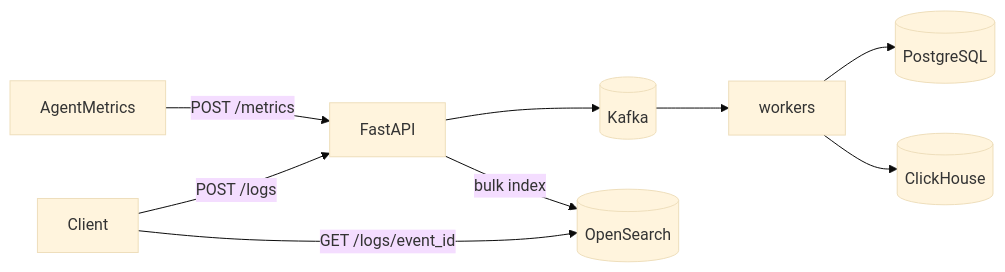
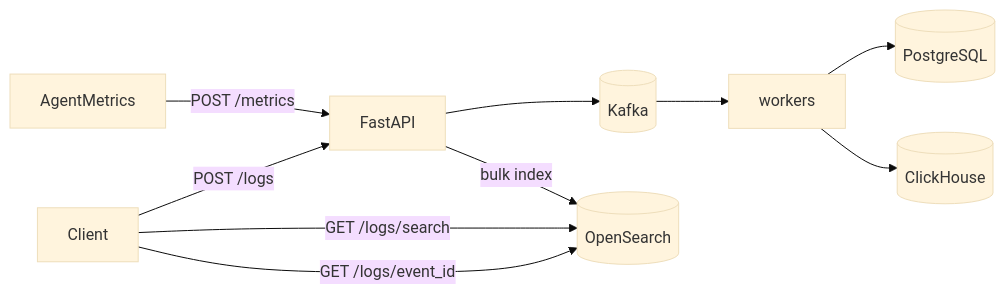
One commit to jayakrishnan98/InsightNode changed the diagram in docs/phase-4-architecture.md. Above: the diagram before and after it, drawn with Mermaid (base theme). The commit also changed other lines of this file and 4 other files, not shown here.

````diff
--- a/docs/phase-4-architecture.md
+++ b/docs/phase-4-architecture.md
@@ -18,11 +18,12 @@
 ```mermaid
 flowchart LR
   AgentMetrics -->|POST /metrics| API[FastAPI]
   API --> K[(Kafka)]
   K --> W[workers]
   W --> PG[(PostgreSQL)]
   W --> CH[(ClickHouse)]
   Client -->|POST /logs| API
   API -->|bulk index| OS[(OpenSearch)]
+  Client -->|GET /logs/search| OS
   Client -->|GET /logs/event_id| OS
 ```
````
